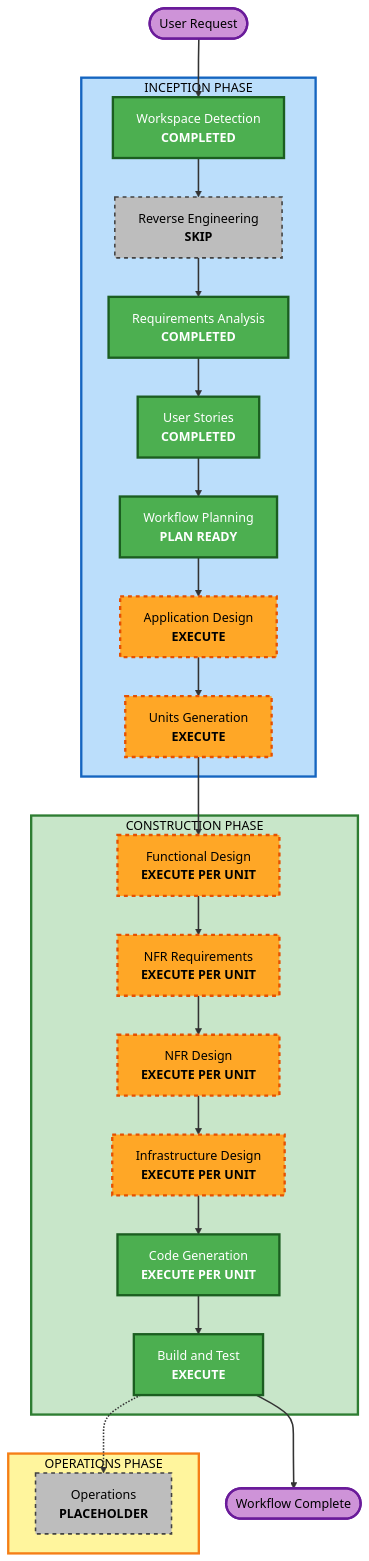
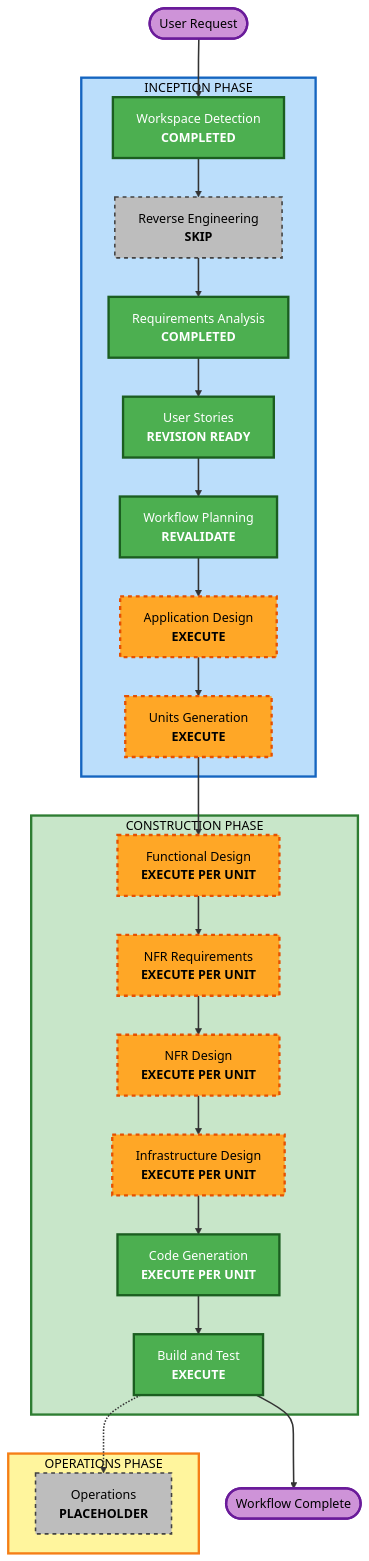
One commit to hygef-v4/AI-Powered-Learning-Platform changed the diagram in aidlc-docs/inception/plans/execution-plan.md. Above: the diagram before and after it, drawn with Mermaid (base theme). The commit also changed other lines of this file and 9 other files, not shown here.

Commit message:
docs: add, update use case specification, user stories, requirements, personas

````diff
--- a/aidlc-docs/inception/plans/execution-plan.md
+++ b/aidlc-docs/inception/plans/execution-plan.md
@@ -36,60 +36,60 @@
 ```mermaid
 flowchart TD
     Start(["User Request"])
     subgraph INCEPTION["INCEPTION PHASE"]
         WD["Workspace Detection<br/><b>COMPLETED</b>"]
         RE["Reverse Engineering<br/><b>SKIP</b>"]
         RA["Requirements Analysis<br/><b>COMPLETED</b>"]
-        US["User Stories<br/><b>COMPLETED</b>"]
-        WP["Workflow Planning<br/><b>PLAN READY</b>"]
+        US["User Stories<br/><b>REVISION READY</b>"]
+        WP["Workflow Planning<br/><b>REVALIDATE</b>"]
         AD["Application Design<br/><b>EXECUTE</b>"]
         UG["Units Generation<br/><b>EXECUTE</b>"]
     end
     subgraph CONSTRUCTION["CONSTRUCTION PHASE"]
         FD["Functional Design<br/><b>EXECUTE PER UNIT</b>"]
         NFRA["NFR Requirements<br/><b>EXECUTE PER UNIT</b>"]
         NFRD["NFR Design<br/><b>EXECUTE PER UNIT</b>"]
         ID["Infrastructure Design<br/><b>EXECUTE PER UNIT</b>"]
         CG["Code Generation<br/><b>EXECUTE PER UNIT</b>"]
         BT["Build and Test<br/><b>EXECUTE</b>"]
     end
     subgraph OPERATIONS["OPERATIONS PHASE"]
         OPS["Operations<br/><b>PLACEHOLDER</b>"]
     end
     Start --> WD
     WD --> RE
     RE --> RA
     RA --> US
     US --> WP
     WP --> AD
     AD --> UG
     UG --> FD
     FD --> NFRA
     NFRA --> NFRD
     NFRD --> ID
     ID --> CG
     CG --> BT
     BT -.-> OPS
     BT --> End(["Workflow Complete"])
 
     style WD fill:#4CAF50,stroke:#1B5E20,stroke-width:3px,color:#fff
     style RE fill:#BDBDBD,stroke:#424242,stroke-width:2px,stroke-dasharray:5 5,color:#000
     style RA fill:#4CAF50,stroke:#1B5E20,stroke-width:3px,color:#fff
     style US fill:#4CAF50,stroke:#1B5E20,stroke-width:3px,color:#fff
     style WP fill:#4CAF50,stroke:#1B5E20,stroke-width:3px,color:#fff
     style AD fill:#FFA726,stroke:#E65100,stroke-width:3px,stroke-dasharray:5 5,color:#000
     style UG fill:#FFA726,stroke:#E65100,stroke-width:3px,stroke-dasharray:5 5,color:#000
     style FD fill:#FFA726,stroke:#E65100,stroke-width:3px,stroke-dasharray:5 5,color:#000
     style NFRA fill:#FFA726,stroke:#E65100,stroke-width:3px,stroke-dasharray:5 5,color:#000
     style NFRD fill:#FFA726,stroke:#E65100,stroke-width:3px,stroke-dasharray:5 5,color:#000
     style ID fill:#FFA726,stroke:#E65100,stroke-width:3px,stroke-dasharray:5 5,color:#000
     style CG fill:#4CAF50,stroke:#1B5E20,stroke-width:3px,color:#fff
     style BT fill:#4CAF50,stroke:#1B5E20,stroke-width:3px,color:#fff
     style OPS fill:#BDBDBD,stroke:#424242,stroke-width:2px,stroke-dasharray:5 5,color:#000
     style INCEPTION fill:#BBDEFB,stroke:#1565C0,stroke-width:3px,color:#000
     style CONSTRUCTION fill:#C8E6C9,stroke:#2E7D32,stroke-width:3px,color:#000
     style OPERATIONS fill:#FFF59D,stroke:#F57F17,stroke-width:3px,color:#000
     style Start fill:#CE93D8,stroke:#6A1B9A,stroke-width:3px,color:#000
     style End fill:#CE93D8,stroke:#6A1B9A,stroke-width:3px,color:#000
     linkStyle default stroke:#333,stroke-width:2px
 ```
````
